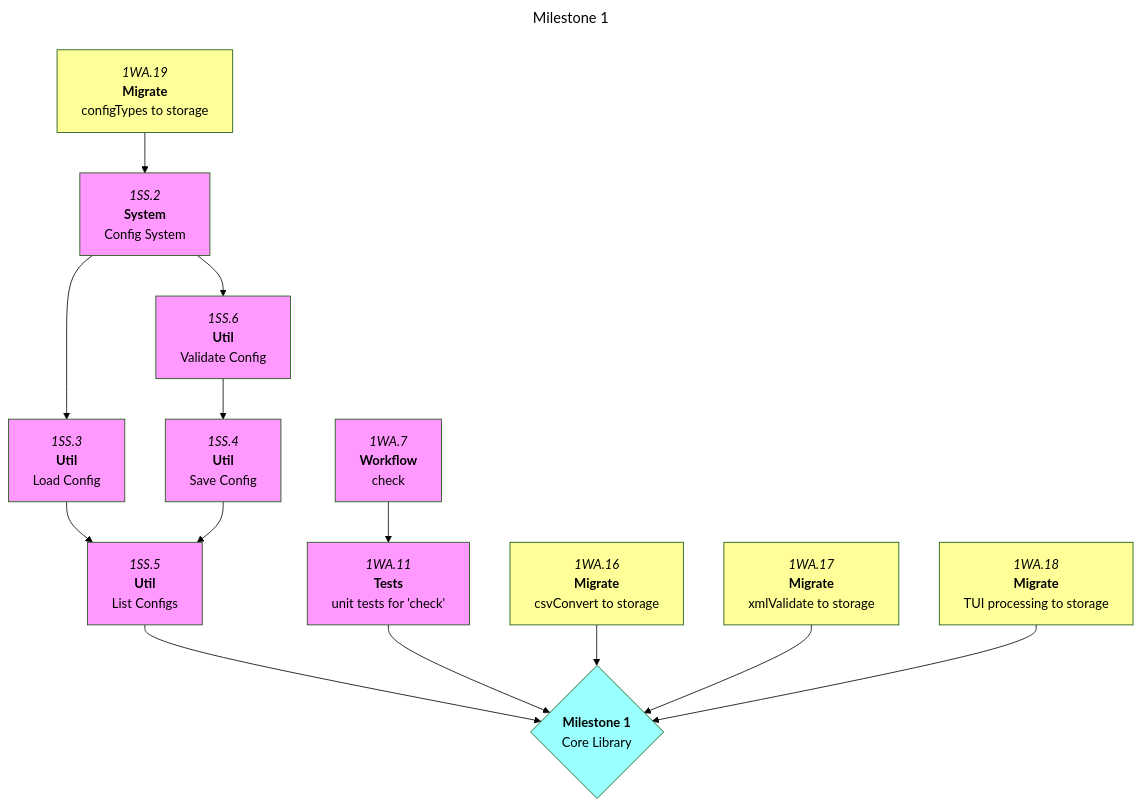
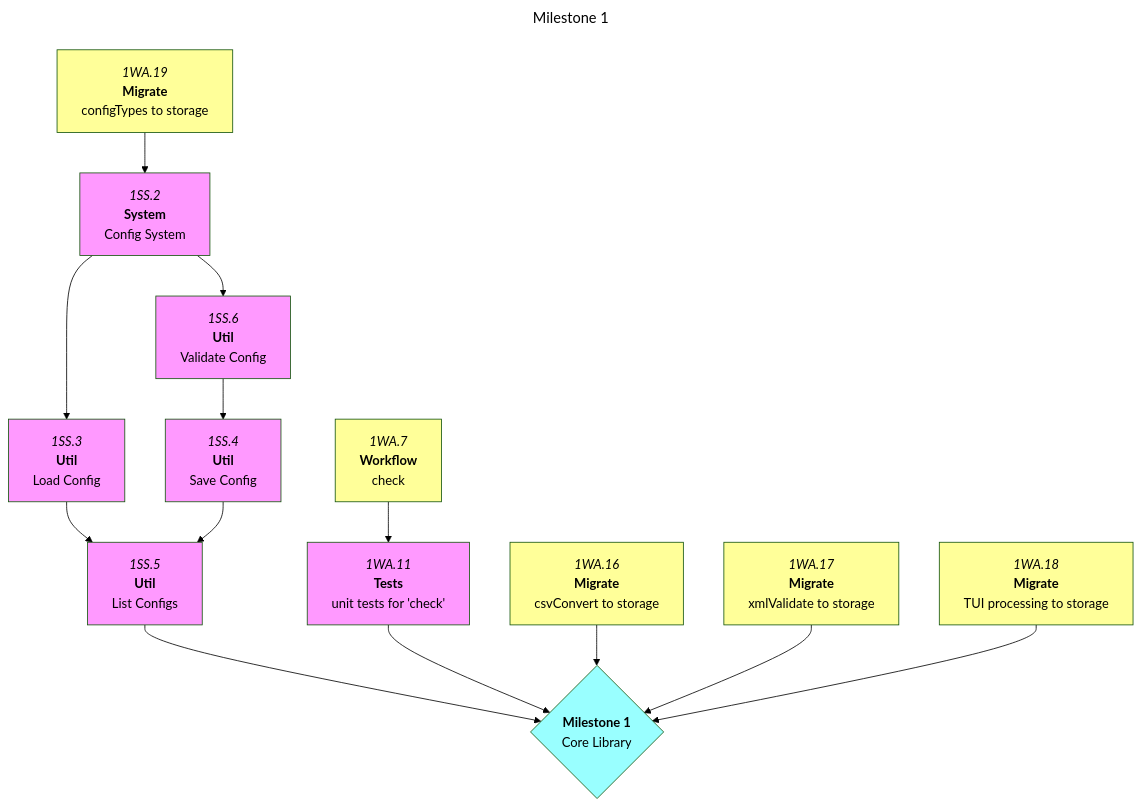
The first of 6 diagrams in docs/roadmaps/mvp.md (foundersandcoders/iris), drawn with Mermaid (forest theme) before and after one commit. The commit also changed other lines of this file, not shown here.

Commit message:
docs: update roadmap

````diff
--- a/docs/roadmaps/mvp.md
+++ b/docs/roadmaps/mvp.md
@@ -46,26 +46,26 @@
 ```mermaid
 ---
 title: Milestone 1
 ---
 graph TD
 
 1SS.2["`*1SS.2*<br/>**System**<br/>Config System`"] --> 1SS.3 & 1SS.6
 1SS.3["`*1SS.3*<br/>**Util**<br/>Load Config`"] --> 1SS.5
 1SS.4["`*1SS.4*<br/>**Util**<br/>Save Config`"] --> 1SS.5
 1SS.5["`*1SS.5*<br/>**Util**<br/>List Configs`"] --> m1
 1SS.6["`*1SS.6*<br/>**Util**<br/>Validate Config`"] --> 1SS.4
 
-1WA.7["`*1WA.7*<br/>**Workflow**<br/>check`"] --> 1WA.11
+1WA.7["`*1WA.7*<br/>**Workflow**<br/>check`"]:::open --> 1WA.11
 1WA.11["`*1WA.11*<br/>**Tests**<br/>unit tests for 'check'`"] --> m1
 
 1WA.16["`*1WA.16*<br/>**Migrate**<br/>csvConvert to storage`"]:::open --> m1
 1WA.17["`*1WA.17*<br/>**Migrate**<br/>xmlValidate to storage`"]:::open --> m1
 1WA.18["`*1WA.18*<br/>**Migrate**<br/>TUI processing to storage`"]:::open --> m1
 1WA.19["`*1WA.19*<br/>**Migrate**<br/>configTypes to storage`"]:::open --> 1SS.2
 
 m1{"`**Milestone 1**<br/>Core Library`"}:::mile
 
 classDef default,blocked fill:#f9f;
 classDef open fill:#ff9;
 classDef mile fill:#9ff;
 ```
````
